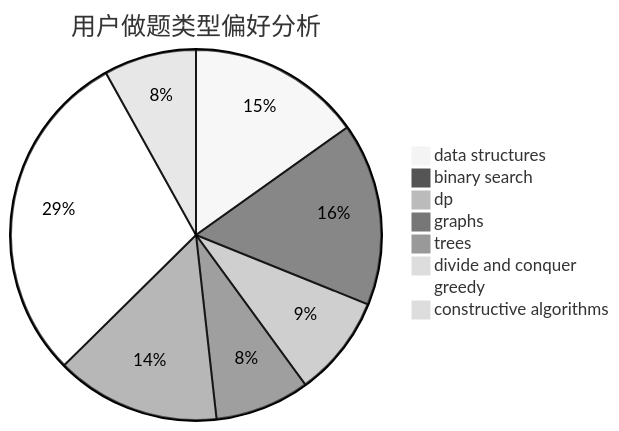
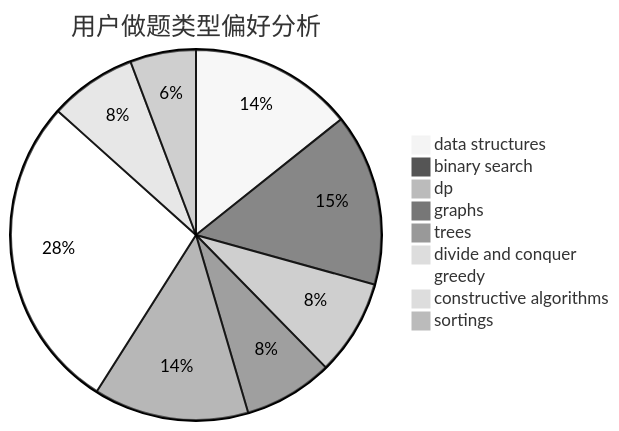
The second of 3 diagrams in docs/user/u1190.md (sherpahu/cfrs.github.io), drawn with Mermaid (neutral theme) before and after one commit. The commit also changed other lines of this file and 2769 other files, not shown here.

````diff
--- a/docs/user/u1190.md
+++ b/docs/user/u1190.md
@@ -23,11 +18,12 @@
 ```mermaid
 pie title 用户做题类型偏好分析
     "data structures" :  77
     "binary search" :  81
     "dp" :  45
     "graphs" :  42
     "trees" :  73
     "divide and conquer" :  0
     "greedy" :  149
     "constructive algorithms" :  41
+    "sortings" :  31
 ```
````
